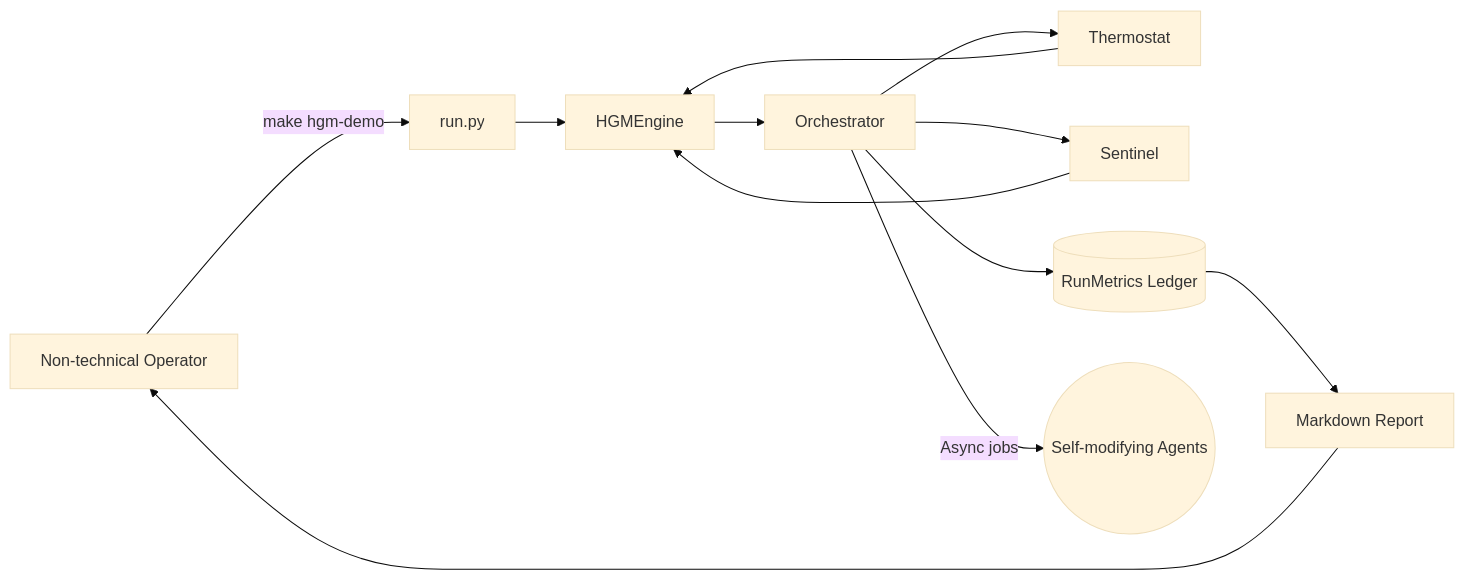
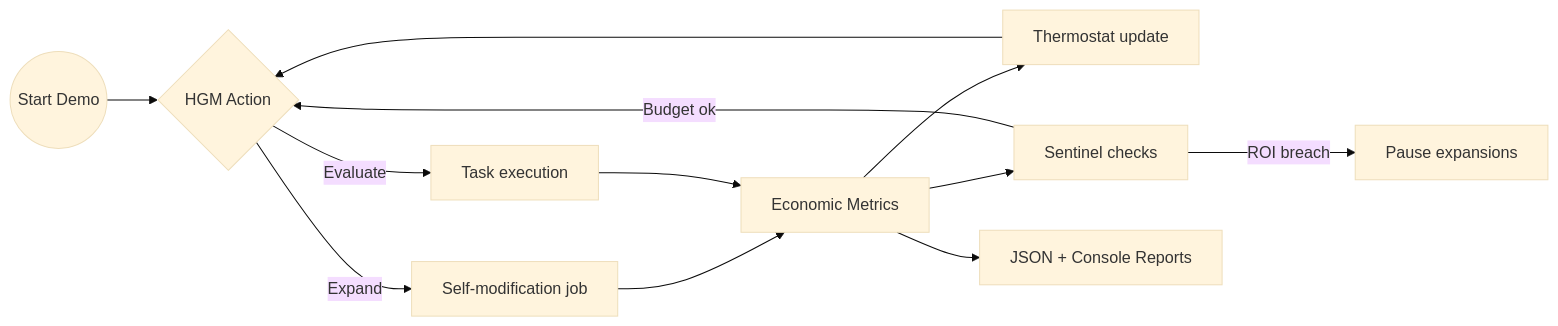
Before and after one commit to MontrealAI/AGIJobsv0: the second of 2 diagrams in demo/Huxley-Godel-Machine-v0/README.md, drawn with Mermaid (base theme). The commit also changed other lines of this file and 15 other files, not shown here.

Commit message:
feat: add HGM self-improvement demo orchestrator

````diff
--- a/demo/Huxley-Godel-Machine-v0/README.md
+++ b/demo/Huxley-Godel-Machine-v0/README.md
@@ -38,14 +97,14 @@
 ```mermaid
 flowchart LR
-    User[Non-technical Operator] -->|make hgm-demo| CLI[run.py]
-    CLI --> Engine[HGMEngine]
-    Engine --> Orchestrator
-    Orchestrator --> Thermostat
-    Orchestrator --> Sentinel
-    Orchestrator --> Metrics[(RunMetrics Ledger)]
-    Orchestrator -->|Async jobs| Agents((Self-modifying Agents))
-    Thermostat --> Engine
-    Sentinel --> Engine
-    Metrics --> Report[Markdown Report]
-    Report --> User
+    Start((Start Demo)) --> SampleHGM{HGM Action}
+    SampleHGM -->|Expand| ExpandTask[Self-modification job]
+    SampleHGM -->|Evaluate| EvaluateTask[Task execution]
+    ExpandTask --> Metrics[Economic Metrics]
+    EvaluateTask --> Metrics
+    Metrics --> ThermostatAdjust[Thermostat update]
+    ThermostatAdjust --> SampleHGM
+    Metrics --> SentinelCheck[Sentinel checks]
+    SentinelCheck -->|ROI breach| PauseExpansions[Pause expansions]
+    SentinelCheck -->|Budget ok| SampleHGM
+    Metrics --> Dashboard[JSON + Console Reports]
 ```
````
